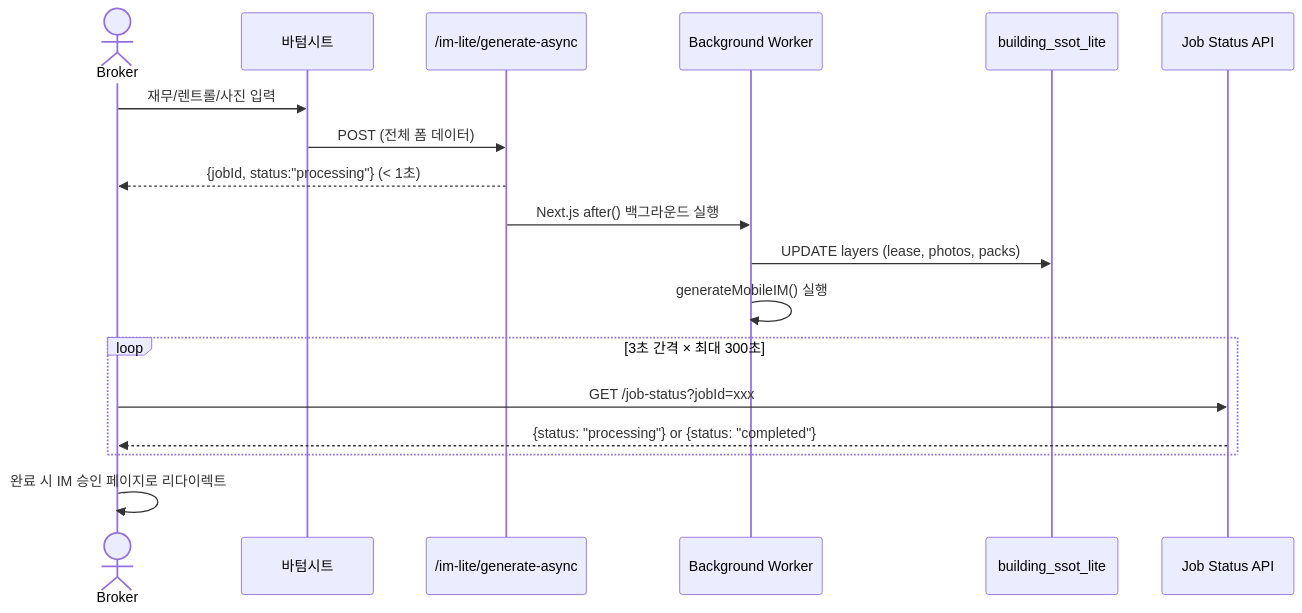
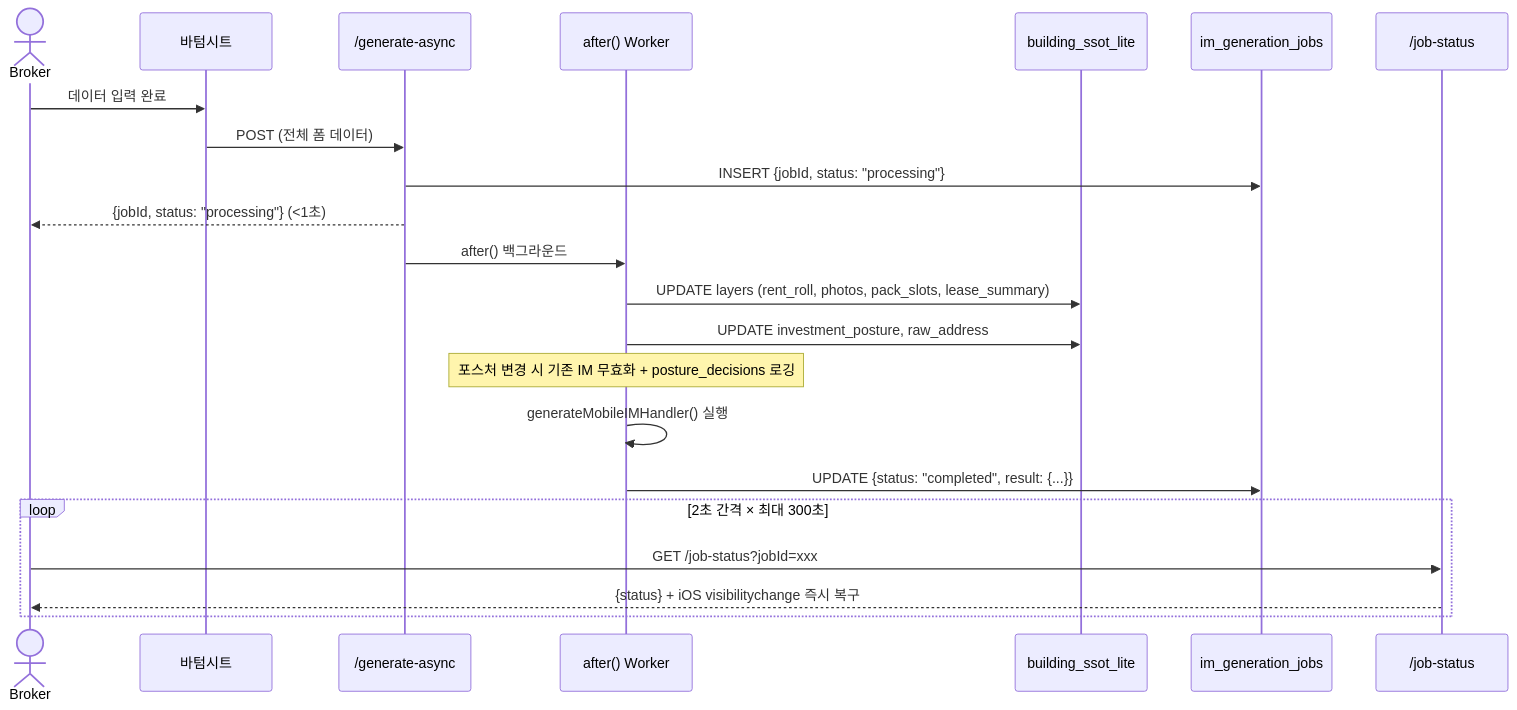
The fourth of 4 diagrams in docs/test0825/01_PIPELINE_FUNCTIONAL_SPEC.md (kboom8002/cre-dealcard), drawn with Mermaid before and after one commit. The commit also changed other lines of this file and 2 other files, not shown here.

Commit message:
docs: fresh re-audit of pipeline/mobile-IM/PPTX-IM specs after major codebase upgrade (v2)

````diff
--- a/docs/test0825/01_PIPELINE_FUNCTIONAL_SPEC.md
+++ b/docs/test0825/01_PIPELINE_FUNCTIONAL_SPEC.md
@@ -321,21 +347,25 @@
 ```mermaid
 sequenceDiagram
     actor Broker
     participant BS as 바텀시트
-    participant API as /im-lite/generate-async
-    participant Worker as Background Worker
+    participant API as /generate-async
+    participant Worker as after() Worker
     participant SSoT as building_ssot_lite
-    participant Poll as Job Status API
+    participant Job as im_generation_jobs
+    participant Poll as /job-status
 
-    Broker->>BS: 재무/렌트롤/사진 입력
+    Broker->>BS: 데이터 입력 완료
     BS->>API: POST (전체 폼 데이터)
-    API-->>Broker: {jobId, status:"processing"} (< 1초)
-    API->>Worker: Next.js after() 백그라운드 실행
-    Worker->>SSoT: UPDATE layers (lease, photos, packs)
-    Worker->>Worker: generateMobileIM() 실행
-    loop 3초 간격 × 최대 300초
+    API->>Job: INSERT {jobId, status: "processing"}
+    API-->>Broker: {jobId, status: "processing"} (<1초)
+    API->>Worker: after() 백그라운드
+    Worker->>SSoT: UPDATE layers (rent_roll, photos, pack_slots, lease_summary)
+    Worker->>SSoT: UPDATE investment_posture, raw_address
+    Note over Worker: 포스처 변경 시 기존 IM 무효화 + posture_decisions 로깅
+    Worker->>Worker: generateMobileIMHandler() 실행
+    Worker->>Job: UPDATE {status: "completed", result: {...}}
+    loop 2초 간격 × 최대 300초
         Broker->>Poll: GET /job-status?jobId=xxx
-        Poll-->>Broker: {status: "processing"} or {status: "completed"}
+        Poll-->>Broker: {status} + iOS visibilitychange 즉시 복구
     end
-    Broker->>Broker: 완료 시 IM 승인 페이지로 리다이렉트
 ```
````
